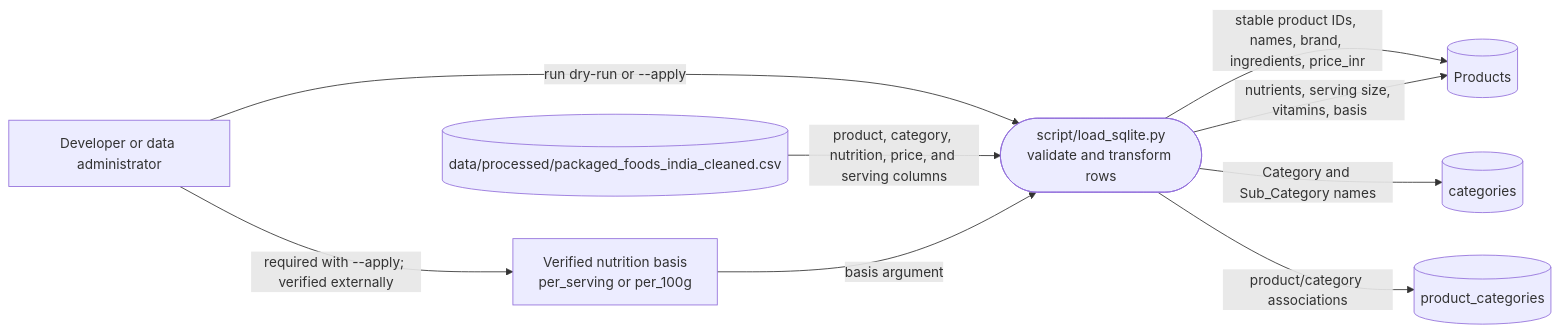
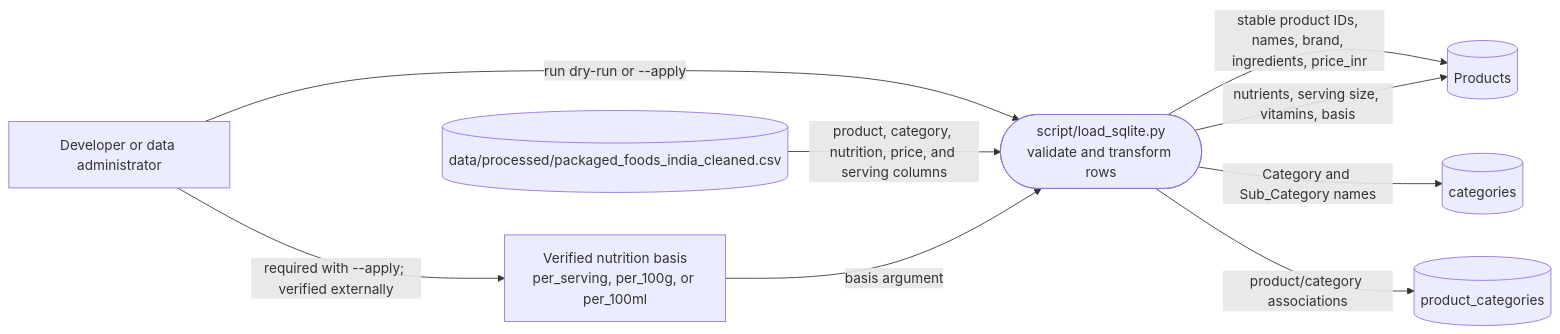
Before and after one commit to Nutrascore/nutrascore: the fourth of 4 diagrams in docs/software-design/dfd-level-2.md, drawn with Mermaid. The commit also changed other lines of this file and 41 other files, not shown here.

````diff
--- a/docs/software-design/dfd-level-2.md
+++ b/docs/software-design/dfd-level-2.md
@@ -123,19 +118,19 @@
 ```mermaid
 flowchart LR
     A[Developer or data administrator]
     CSV[(data/processed/packaged_foods_india_cleaned.csv)]
     LOAD(["script/load_sqlite.py<br/>validate and transform rows"])
-    BASIS[Verified nutrition basis<br/>per_serving or per_100g]
+    BASIS[Verified nutrition basis<br/>per_serving, per_100g, or per_100ml]
     P[(Products)]
     C[(categories)]
     PC[(product_categories)]
 
     A -->|run dry-run or --apply| LOAD
     CSV -->|product, category, nutrition, price, and serving columns| LOAD
     A -->|required with --apply; verified externally| BASIS
     BASIS -->|basis argument| LOAD
     LOAD -->|stable product IDs, names, brand, ingredients, price_inr| P
     LOAD -->|nutrients, serving size, vitamins, basis| P
     LOAD -->|Category and Sub_Category names| C
     LOAD -->|product/category associations| PC
 ```
````
